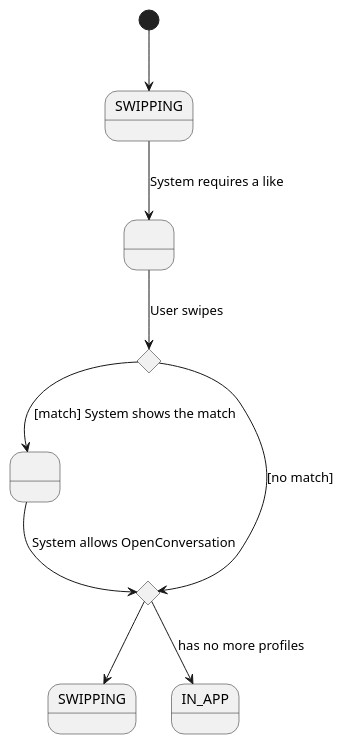
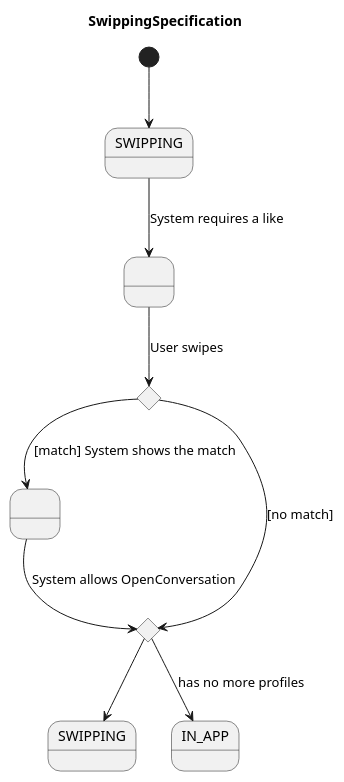
The diagram in docs/src/use-cases/specs/swipe.spec.puml (fraylopez/tinder), drawn with PlantUML before and after one commit. The commit also changed 7 other files, not shown here.

```diff
--- a/docs/src/use-cases/specs/swipe.spec.puml
+++ b/docs/src/use-cases/specs/swipe.spec.puml
@@ -1,22 +1,23 @@
-@startuml
+@startuml SwippingSpecification
+title SwippingSpecification
 
 state SWIPPING
 state STATE_1 as " "
 state SHOW_MATCH_CREATED as " "
 state hasMoreProfiles <<choice>>
 state SWIPPING_OUT as "SWIPPING"
 state IN_APP
 state isMatch <<choice>>
 
 
 [*] --> SWIPPING
 SWIPPING --> STATE_1: System requires a like
 STATE_1 --> isMatch : User swipes 
 hasMoreProfiles --> SWIPPING_OUT
 hasMoreProfiles --> IN_APP: has no more profiles
 isMatch --> SHOW_MATCH_CREATED: [match] System shows the match
 isMatch --> hasMoreProfiles: [no match]
 SHOW_MATCH_CREATED -->  hasMoreProfiles: System allows OpenConversation
 
 
 @enduml
```
